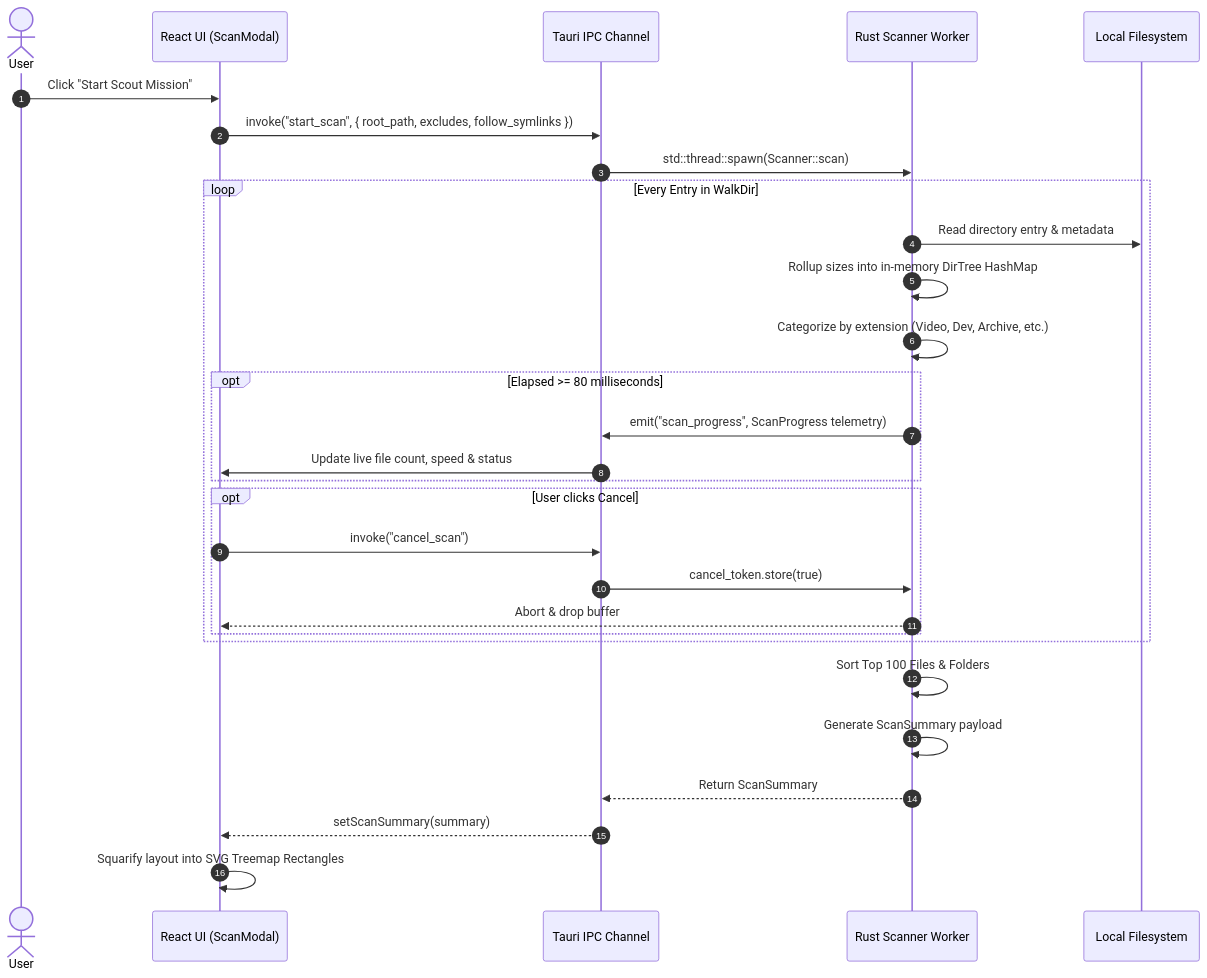
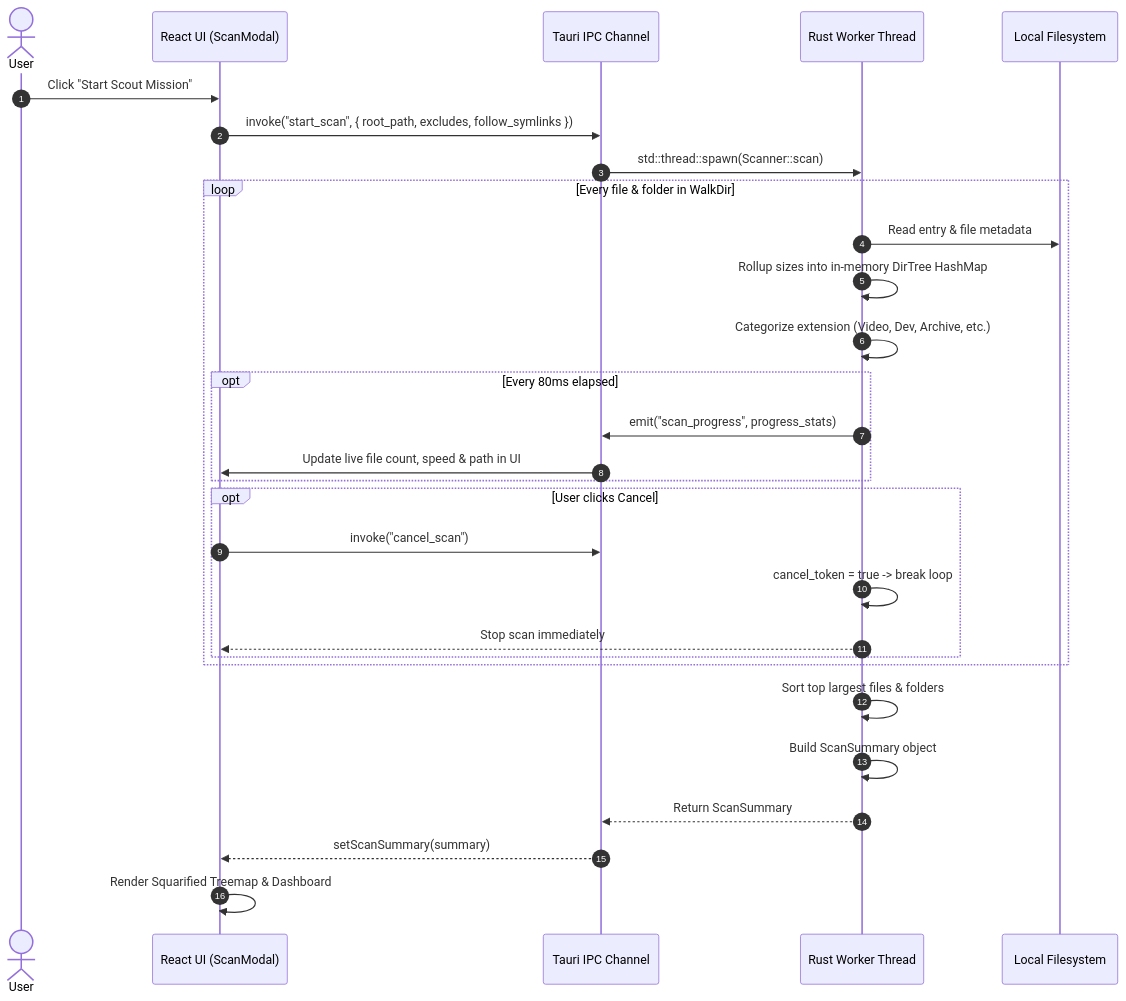
One commit to ankitpandey1900/ByteMap changed the first of 3 diagrams in docs/SYSTEM_DESIGN.md. Above: the diagram before and after it, drawn with Mermaid. The commit also changed other lines of this file and 3 other files, not shown here.

````diff
--- a/docs/SYSTEM_DESIGN.md
+++ b/docs/SYSTEM_DESIGN.md
@@ -85,36 +80,36 @@
 ```mermaid
 sequenceDiagram
     autonumber
     actor User as User
     participant UI as React UI (ScanModal)
     participant IPC as Tauri IPC Channel
-    participant Worker as Rust Scanner Worker
+    participant Worker as Rust Worker Thread
     participant FS as Local Filesystem
 
     User->>UI: Click "Start Scout Mission"
     UI->>IPC: invoke("start_scan", { root_path, excludes, follow_symlinks })
     IPC->>Worker: std::thread::spawn(Scanner::scan)
     
-    loop Every Entry in WalkDir
-        Worker->>FS: Read directory entry & metadata
+    loop Every file & folder in WalkDir
+        Worker->>FS: Read entry & file metadata
         Worker->>Worker: Rollup sizes into in-memory DirTree HashMap
-        Worker->>Worker: Categorize by extension (Video, Dev, Archive, etc.)
+        Worker->>Worker: Categorize extension (Video, Dev, Archive, etc.)
         
-        opt Elapsed >= 80 milliseconds
-            Worker->>IPC: emit("scan_progress", ScanProgress telemetry)
-            IPC->>UI: Update live file count, speed & status
+        opt Every 80ms elapsed
+            Worker->>IPC: emit("scan_progress", progress_stats)
+            IPC->>UI: Update live file count, speed & path in UI
         end
         
         opt User clicks Cancel
             UI->>IPC: invoke("cancel_scan")
-            IPC->>Worker: cancel_token.store(true)
-            Worker-->>UI: Abort & drop buffer
+            Worker->>Worker: cancel_token = true -> break loop
+            Worker-->>UI: Stop scan immediately
         end
     end
     
-    Worker->>Worker: Sort Top 100 Files & Folders
-    Worker->>Worker: Generate ScanSummary payload
+    Worker->>Worker: Sort top largest files & folders
+    Worker->>Worker: Build ScanSummary object
     Worker-->>IPC: Return ScanSummary
     IPC-->>UI: setScanSummary(summary)
-    UI->>UI: Squarify layout into SVG Treemap Rectangles
+    UI->>UI: Render Squarified Treemap & Dashboard
 ```
````
